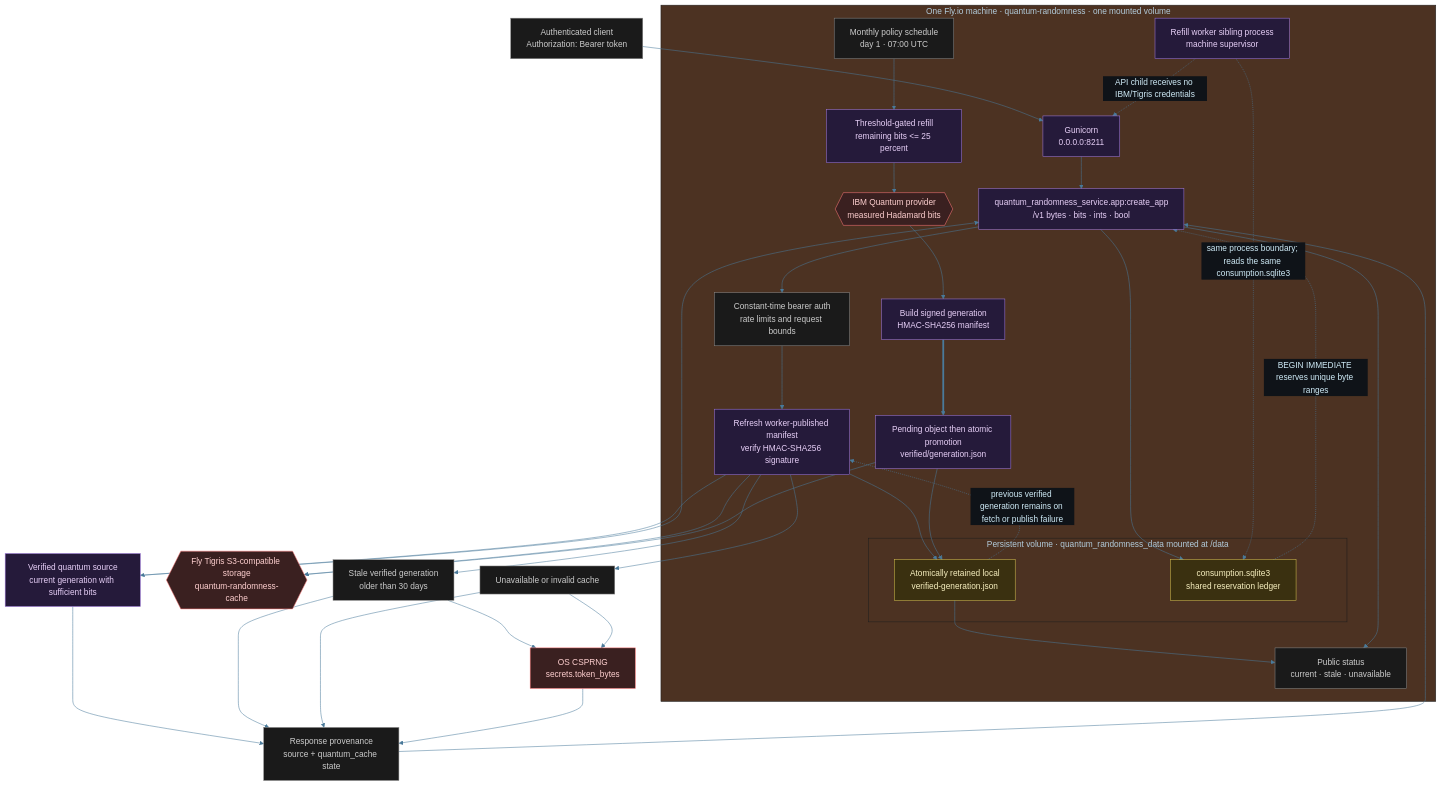
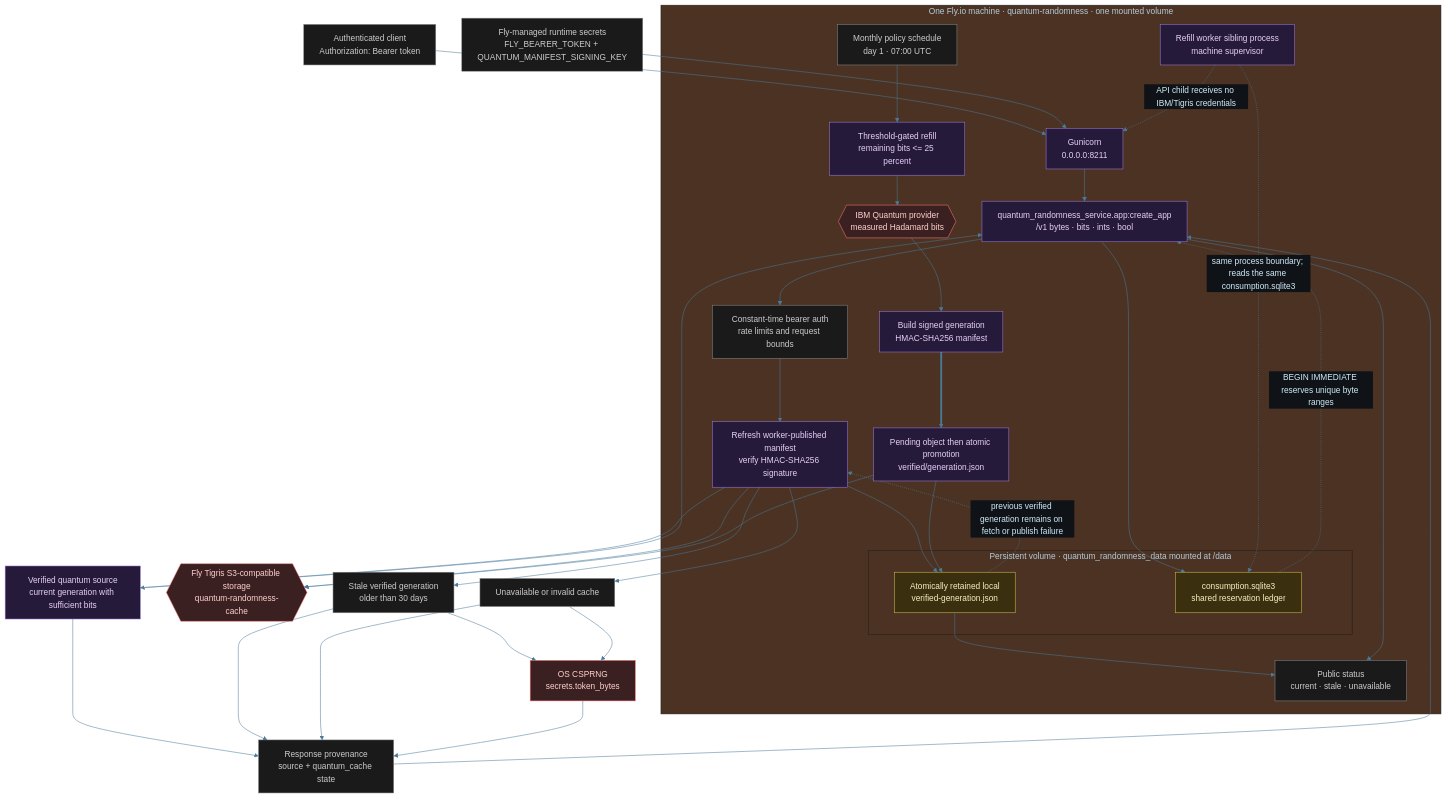
Before and after one commit to tylerdrakemusic/Quantum: the diagram in diagrams/quantum-randomness-service.mmd, drawn with Mermaid. The commit also changed 4 other files, not shown here.

```diff
--- a/diagrams/quantum-randomness-service.mmd
+++ b/diagrams/quantum-randomness-service.mmd
@@ -1,73 +1,75 @@
 %%{init: {'theme': 'base', 'themeVariables': {'primaryColor': '#1a2e3a', 'primaryTextColor': '#d0ecf8', 'edgeLabelBackground': '#0f1318', 'lineColor': '#4a7a9a'}}}%%
 %% is_derived_view=true
 %% Traceability.parent: diagrams/quantum-architecture.mmd
 %% Scope: authenticated Fly.io API and worker-owned verified cache publication
 graph TB
     Client[Authenticated client<br/>Authorization: Bearer token]:::state
+    Secrets[Fly-managed runtime secrets<br/>FLY_BEARER_TOKEN + QUANTUM_MANIFEST_SIGNING_KEY]:::state
 
     subgraph Machine["One Fly.io machine · quantum-randomness · one mounted volume"]
         Gunicorn[Gunicorn<br/>0.0.0.0:8211]:::quantum
         Flask[quantum_randomness_service.app:create_app<br/>/v1 bytes · bits · ints · bool]:::quantum
         Auth[Constant-time bearer auth<br/>rate limits and request bounds]:::state
         Refresh[Refresh worker-published manifest<br/>verify HMAC-SHA256 signature]:::quantum
         Worker[Refill worker sibling process<br/>machine supervisor]:::quantum
         subgraph Volume["Persistent volume · quantum_randomness_data mounted at /data"]
             Retained[Atomically retained local<br/>verified-generation.json]:::db
             Consumption[consumption.sqlite3<br/>shared reservation ledger]:::db
         end
         APIStatus[Public status<br/>current · stale · unavailable]:::state
         Schedule[Monthly policy schedule<br/>day 1 · 07:00 UTC]:::state
         Refill[Threshold-gated refill<br/>remaining bits <= 25 percent]:::quantum
         IBM{{IBM Quantum provider<br/>measured Hadamard bits}}:::ext
         Sign[Build signed generation<br/>HMAC-SHA256 manifest]:::quantum
         Publish[Pending object then atomic promotion<br/>verified/generation.json]:::quantum
     end
 
     Tigris{{Fly Tigris S3-compatible storage<br/>quantum-randomness-cache}}:::ext
     Quantum[Verified quantum source<br/>current generation with sufficient bits]:::quantum
     Stale[Stale verified generation<br/>older than 30 days]:::state
     Unavailable[Unavailable or invalid cache]:::state
     CSPRNG[OS CSPRNG<br/>secrets.token_bytes]:::ext
     Provenance[Response provenance<br/>source + quantum_cache state]:::state
 
     Client --> Gunicorn
+    Secrets --> Gunicorn
     Gunicorn --> Flask
     Flask --> Auth
     Auth --> Refresh
     Refresh --> Tigris
     Refresh --> Retained
     Flask --> Consumption
     Consumption -.->|"BEGIN IMMEDIATE reserves unique byte ranges"| Flask
     Retained --> APIStatus
     Flask --> APIStatus
     Refresh --> Quantum
     Refresh --> Stale
     Refresh --> Unavailable
     Quantum --> Provenance
     Stale --> Provenance
     Unavailable --> Provenance
     Quantum --> Flask
     Stale --> CSPRNG
     Unavailable --> CSPRNG
     CSPRNG --> Provenance
     Provenance --> Flask
     Schedule --> Refill
     Refill --> IBM
     IBM --> Sign
     Sign ==> Publish
     Publish --> Tigris
     Publish --> Retained
     Worker -.->|"same process boundary; reads the same consumption.sqlite3"| Consumption
     Worker -.->|"API child receives no IBM/Tigris credentials"| Gunicorn
     Retained -.->|"previous verified generation remains on fetch or publish failure"| Refresh
 
 classDef life     fill:#1a2e3a,stroke:#6ab4d4,color:#d0ecf8
 classDef music    fill:#3a1a24,stroke:#d47a8f,color:#f8d0dc
 classDef quantum  fill:#251a3a,stroke:#a07adf,color:#e8d0f8
 classDef manifest fill:#3a2e1a,stroke:#d4a96a,color:#f8ead0
 classDef ws       fill:#1a3a30,stroke:#6ad4b4,color:#d0f8ee
 classDef tyler    fill:#2a1a3a,stroke:#9e4aff,color:#fff
 classDef ext      fill:#3a2020,stroke:#ff7a7a,color:#ffd0d0
 classDef db       fill:#3a3010,stroke:#d4c050,color:#f8f0c0
 classDef state    fill:#1a1a1a,stroke:#888888,color:#cccccc
 classDef store    fill:#1a3a30,stroke:#6ad4b4,color:#d0f8ee
```
